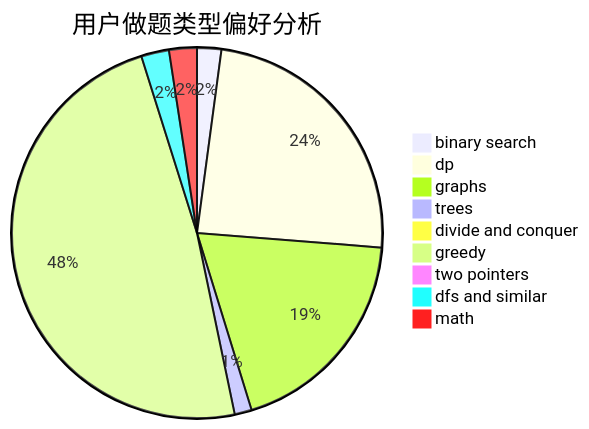
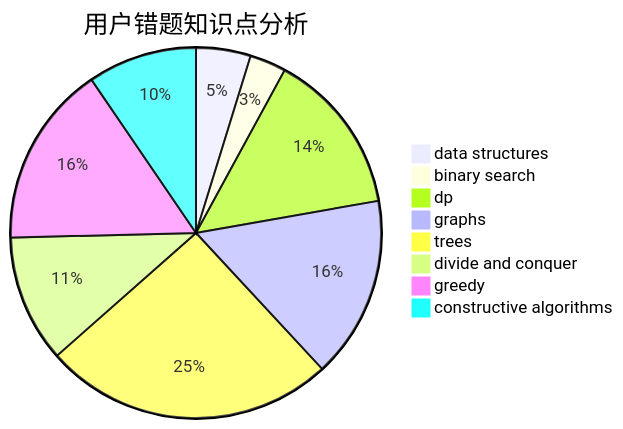
The third of 3 diagrams in docs/user/u917.md (sherpahu/cfrs.github.io), drawn with Mermaid before and after one commit. The commit also changed other lines of this file and 2775 other files, not shown here.

````diff
--- a/docs/user/u917.md
+++ b/docs/user/u917.md
@@ -23,12 +36,11 @@
 ```mermaid
-pie title 用户做题类型偏好分析
-    "binary search" :  34
-    "dp" :  388
-    "graphs" :  305
-    "trees" :  24
-    "divide and conquer" :  2
-    "greedy" :  778
-    "two pointers" :  3
-    "dfs and similar" :  39
-    "math" :  39
+pie title 用户错题知识点分析
+    "data structures" :  3
+    "binary search" :  2
+    "dp" :  9
+    "graphs" :  10
+    "trees" :  16
+    "divide and conquer" :  7
+    "greedy" :  10
+    "constructive algorithms" :  6
 ```
````
